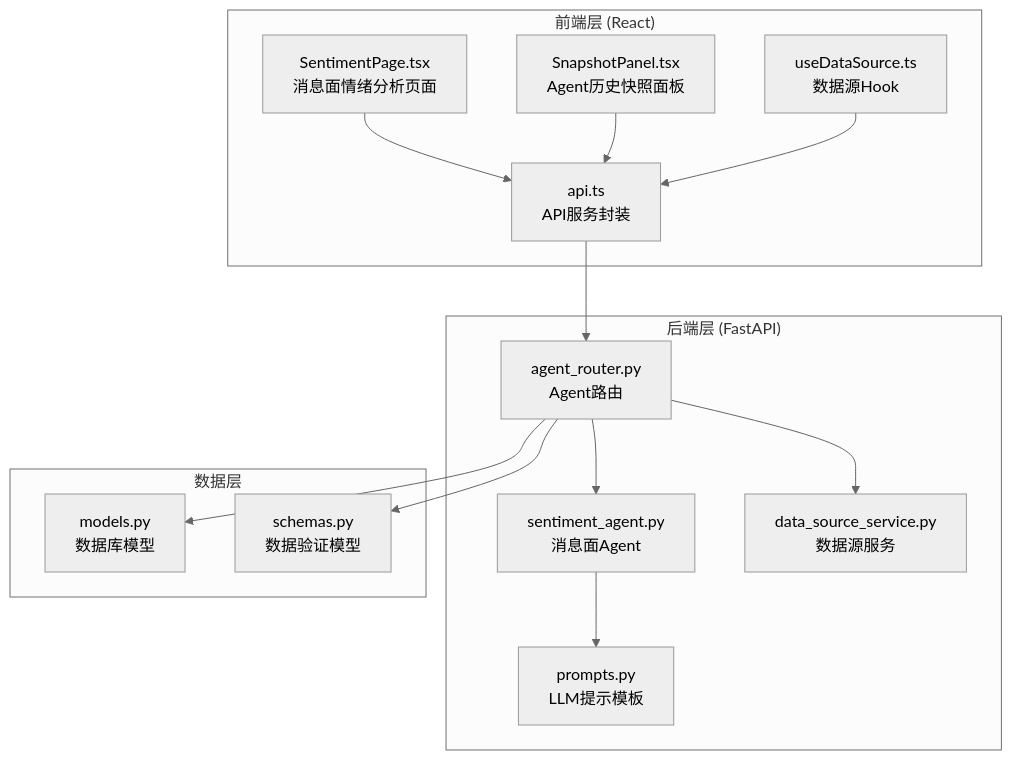
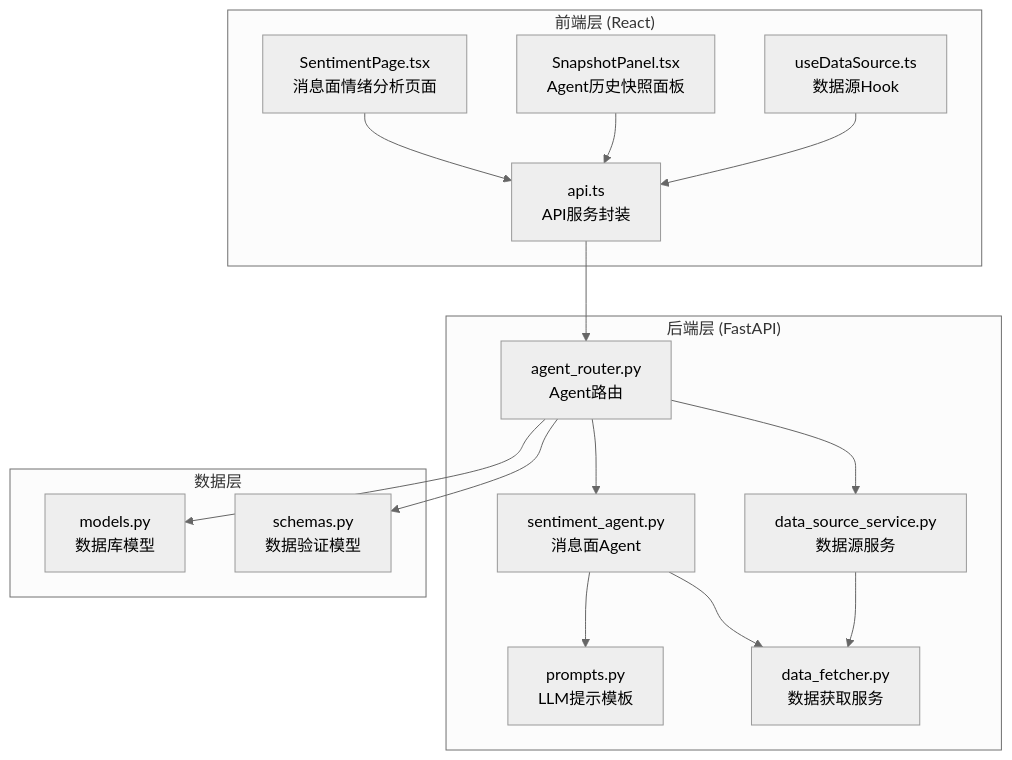
The first of 11 diagrams in .qoder/repowiki/zh/content/前端组件/页面组件/情绪页面增强功能.md (Moruime/stock_foker), drawn with Mermaid (neutral theme) before and after one commit. The commit also changed other lines of this file and 22 other files, not shown here.

````diff
--- a/.qoder/repowiki/zh/content/前端组件/页面组件/情绪页面增强功能.md
+++ b/.qoder/repowiki/zh/content/前端组件/页面组件/情绪页面增强功能.md
@@ -46,28 +57,31 @@
 ```mermaid
 graph TB
 subgraph "前端层 (React)"
 A[SentimentPage.tsx<br/>消息面情绪分析页面]
 B[SnapshotPanel.tsx<br/>Agent历史快照面板]
 C[useDataSource.ts<br/>数据源Hook]
 D[api.ts<br/>API服务封装]
 end
 subgraph "后端层 (FastAPI)"
 E[agent_router.py<br/>Agent路由]
 F[sentiment_agent.py<br/>消息面Agent]
 G[data_source_service.py<br/>数据源服务]
 H[prompts.py<br/>LLM提示模板]
+I[data_fetcher.py<br/>数据获取服务]
 end
 subgraph "数据层"
-I[models.py<br/>数据库模型]
-J[schemas.py<br/>数据验证模型]
+J[models.py<br/>数据库模型]
+K[schemas.py<br/>数据验证模型]
 end
 A --> D
 B --> D
 C --> D
 D --> E
 E --> F
 E --> G
 F --> H
-E --> I
+F --> I
 E --> J
+E --> K
+G --> I
 ```
````
